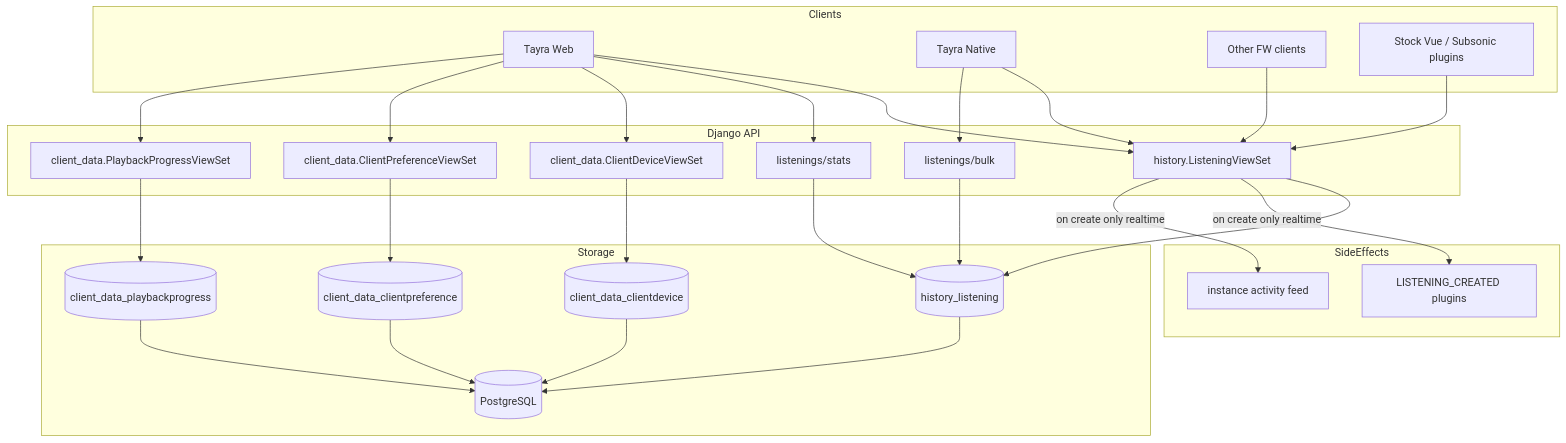
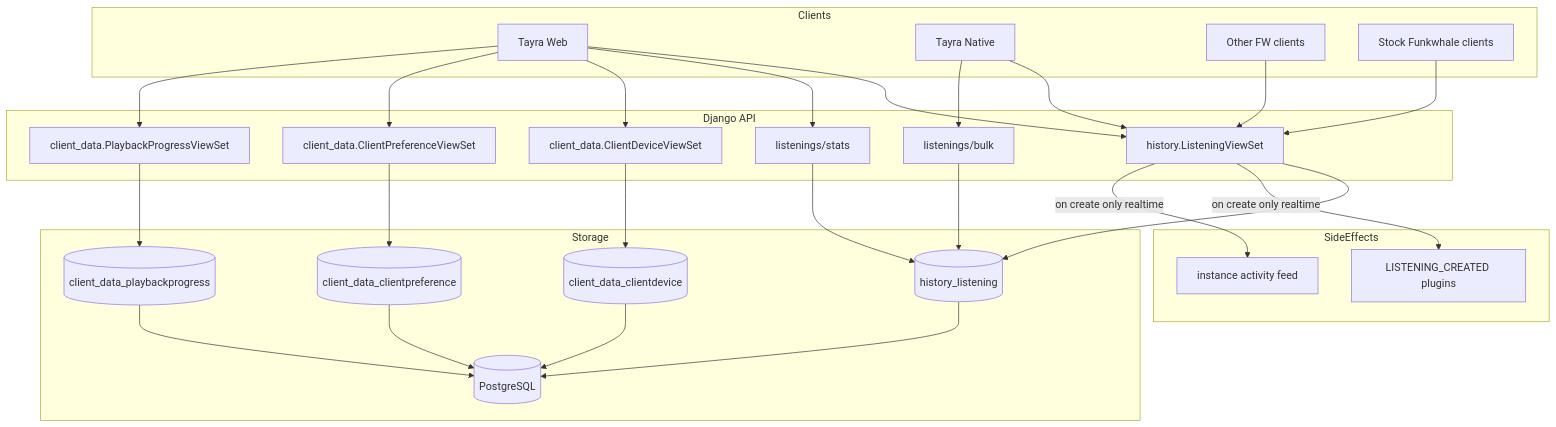
One commit to LorenDB/tayra changed the first of 4 diagrams in docs/specs/rich-client-data/index.md. Above: the diagram before and after it, drawn with Mermaid. The commit also changed other lines of this file and 626 other files, not shown here.

````diff
--- a/docs/specs/rich-client-data/index.md
+++ b/docs/specs/rich-client-data/index.md
@@ -149,55 +149,55 @@
 ```mermaid
 flowchart TB
   subgraph Clients
     TayraWeb[Tayra Web]
     TayraNative[Tayra Native]
     OtherClients[Other FW clients]
-    Legacy[Stock Vue / Subsonic plugins]
+    Legacy[Stock Funkwhale clients]
   end
 
   subgraph API["Django API"]
     HistVS[history.ListeningViewSet]
     Stats[listenings/stats]
     Bulk[listenings/bulk]
     DevVS[client_data.ClientDeviceViewSet]
     PrefVS[client_data.ClientPreferenceViewSet]
     ProgVS[client_data.PlaybackProgressViewSet]
   end
 
   subgraph Storage
     PG[(PostgreSQL)]
     Listening[(history_listening)]
     Device[(client_data_clientdevice)]
     Pref[(client_data_clientpreference)]
     Prog[(client_data_playbackprogress)]
   end
 
   subgraph SideEffects
     Plugins[LISTENING_CREATED plugins]
     Activity[instance activity feed]
   end
 
   TayraWeb --> HistVS
   TayraWeb --> Stats
   TayraWeb --> DevVS
   TayraWeb --> PrefVS
   TayraWeb --> ProgVS
   TayraNative --> HistVS
   TayraNative --> Bulk
   OtherClients --> HistVS
   Legacy --> HistVS
 
   HistVS --> Listening
   Bulk --> Listening
   Stats --> Listening
   DevVS --> Device
   PrefVS --> Pref
   ProgVS --> Prog
   Listening --> PG
   Device --> PG
   Pref --> PG
   Prog --> PG
 
   HistVS -->|on create only realtime| Plugins
   HistVS -->|on create only realtime| Activity
 ```
````
